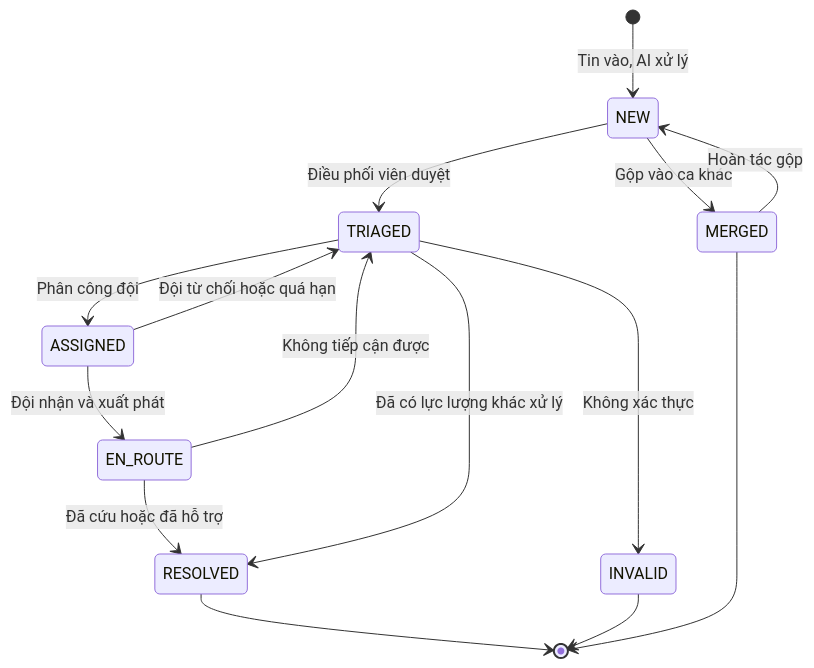
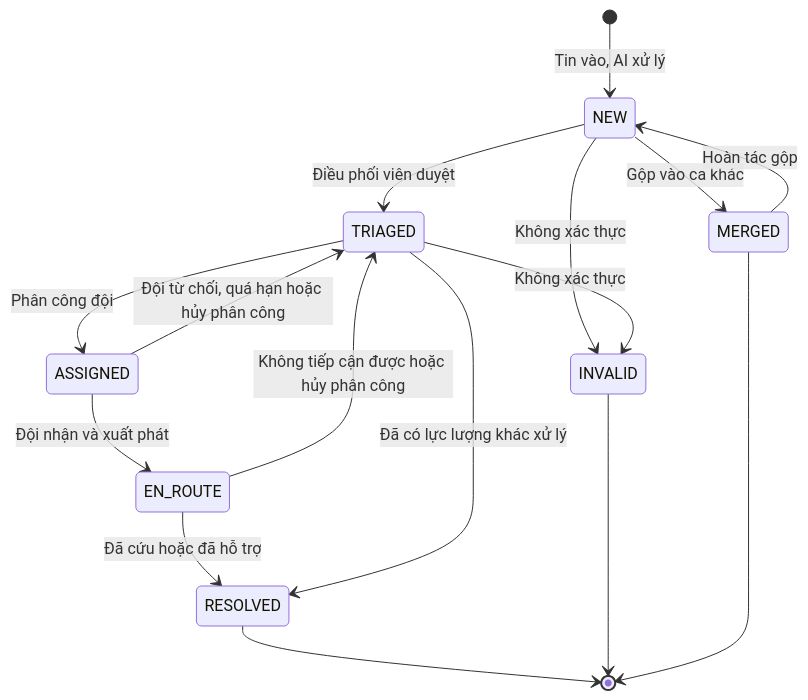
The diagram in docs/02-scope.md (y0sh1da-available/SOSLink), drawn with Mermaid before and after one commit. The commit also changed other lines of this file and 18 other files, not shown here.

````diff
--- a/docs/02-scope.md
+++ b/docs/02-scope.md
@@ -92,17 +92,18 @@
 ```mermaid
 stateDiagram-v2
     [*] --> NEW: Tin vào, AI xử lý
     NEW --> TRIAGED: Điều phối viên duyệt
+    NEW --> INVALID: Không xác thực
     NEW --> MERGED: Gộp vào ca khác
     MERGED --> NEW: Hoàn tác gộp
     TRIAGED --> ASSIGNED: Phân công đội
-    ASSIGNED --> TRIAGED: Đội từ chối hoặc quá hạn
+    ASSIGNED --> TRIAGED: Đội từ chối, quá hạn hoặc hủy phân công
     ASSIGNED --> EN_ROUTE: Đội nhận và xuất phát
-    EN_ROUTE --> TRIAGED: Không tiếp cận được
+    EN_ROUTE --> TRIAGED: Không tiếp cận được hoặc hủy phân công
     EN_ROUTE --> RESOLVED: Đã cứu hoặc đã hỗ trợ
     TRIAGED --> RESOLVED: Đã có lực lượng khác xử lý
     TRIAGED --> INVALID: Không xác thực
     RESOLVED --> [*]
     INVALID --> [*]
     MERGED --> [*]
 ```
````
